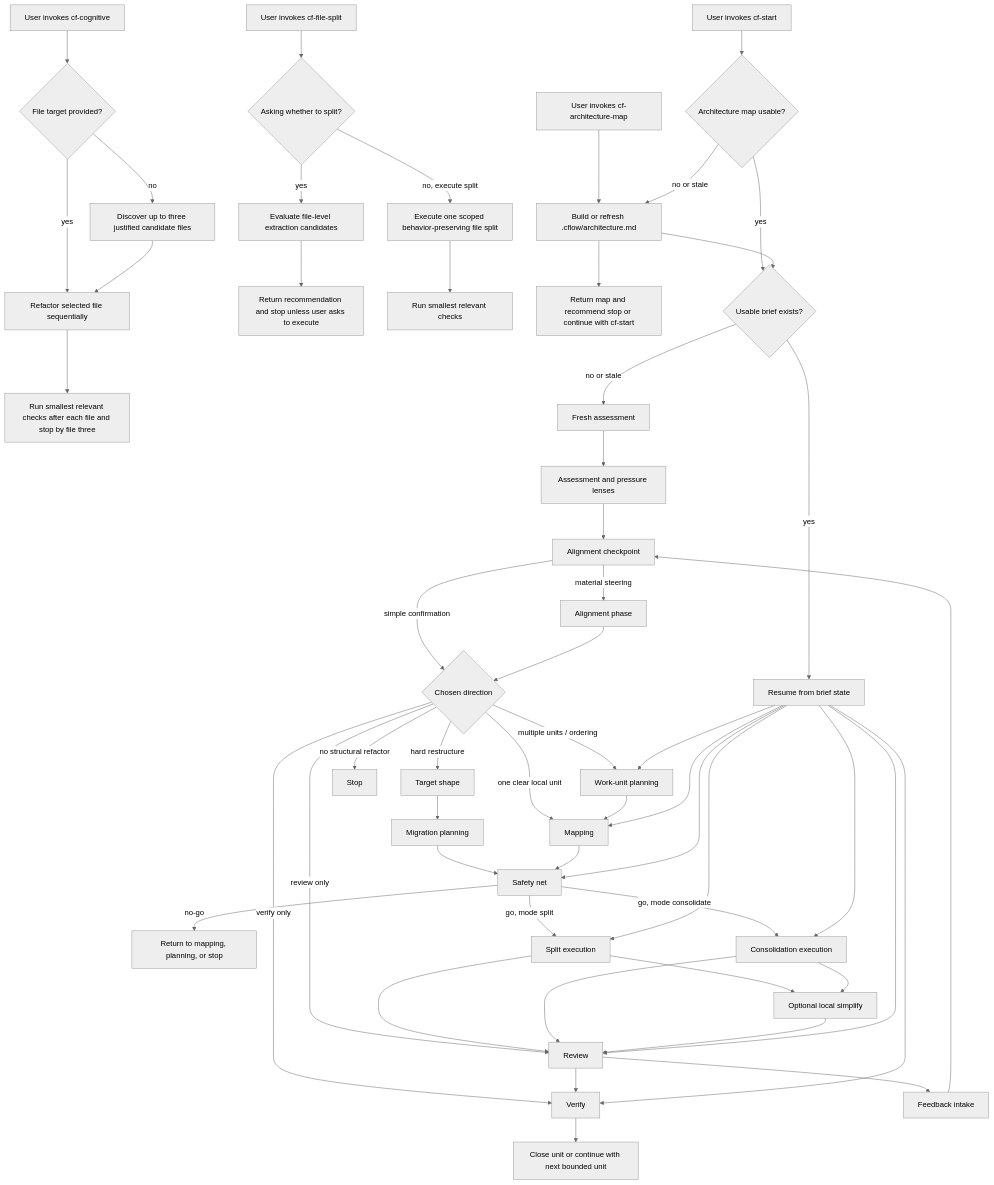
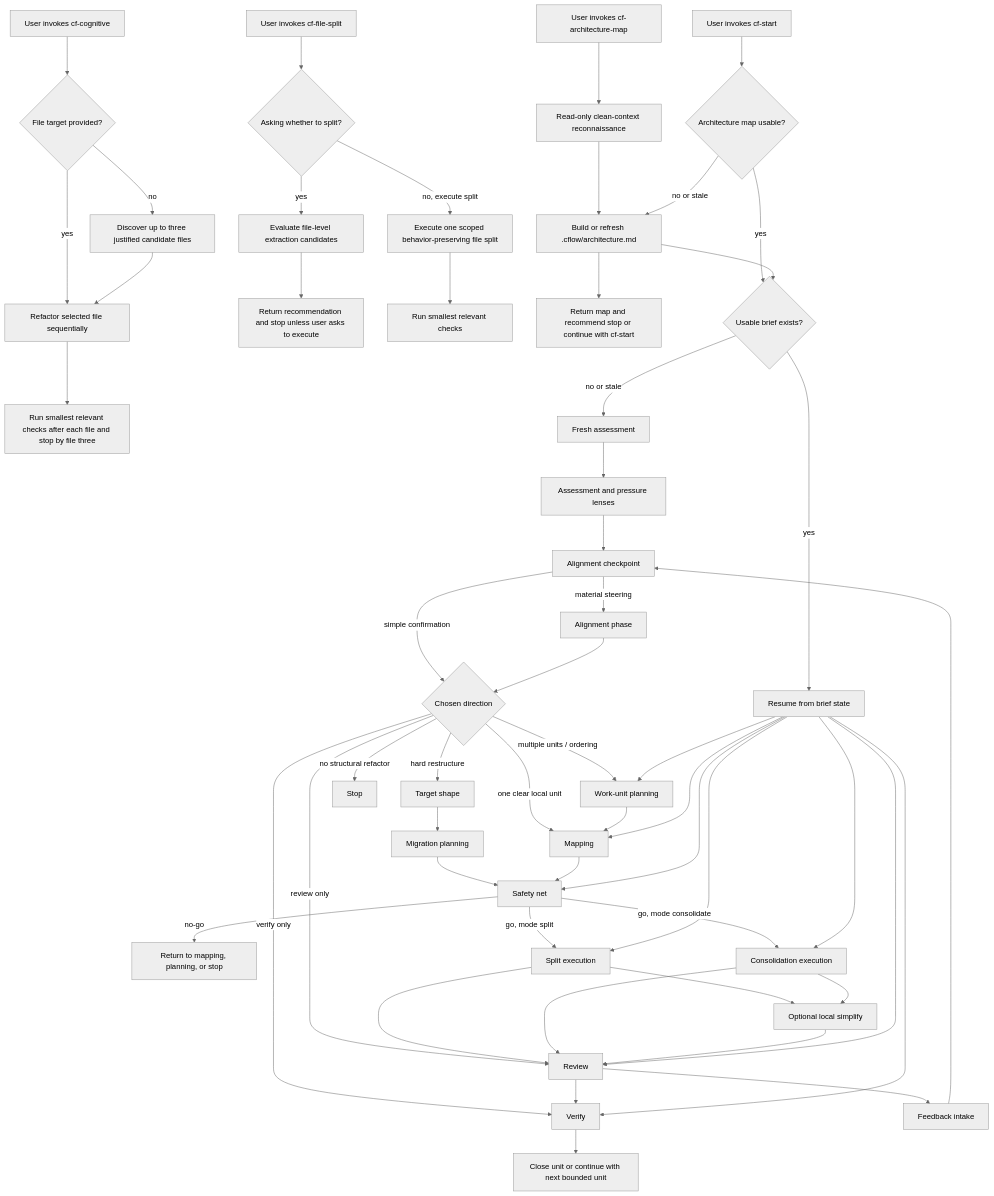
Before and after one commit to gualask/clean-flow: the diagram in docs/workflow-map.md, drawn with Mermaid (neutral theme). The commit also changed other lines of this file and 25 other files, not shown here.

Commit message:
fix post refactor + agent for architecture mapping

````diff
--- a/docs/workflow-map.md
+++ b/docs/workflow-map.md
@@ -21,65 +21,66 @@
 ```mermaid
 flowchart TD
     X[User invokes cf-cognitive] --> X0{File target provided?}
     X0 -- yes --> X1[Refactor selected file sequentially]
     X0 -- no --> X2[Discover up to three justified candidate files]
     X2 --> X1
     X1 --> X3[Run smallest relevant checks after each file and stop by file three]
 
     Y[User invokes cf-file-split] --> Y0{Asking whether to split?}
     Y0 -- yes --> Y1[Evaluate file-level extraction candidates]
     Y0 -- no, execute split --> Y2[Execute one scoped behavior-preserving file split]
     Y1 --> Y3[Return recommendation and stop unless user asks to execute]
     Y2 --> Y4[Run smallest relevant checks]
 
-    A[User invokes cf-architecture-map] --> A1[Build or refresh .cflow/architecture.md]
+    A[User invokes cf-architecture-map] --> A0[Read-only clean-context reconnaissance]
+    A0 --> A1[Build or refresh .cflow/architecture.md]
     A1 --> A2[Return map and recommend stop or continue with cf-start]
 
     B[User invokes cf-start] --> C{Architecture map usable?}
     C -- no or stale --> A1
     C -- yes --> D{Usable brief exists?}
     A1 --> D
     D -- no or stale --> E[Fresh assessment]
     D -- yes --> F[Resume from brief state]
 
     E --> G[Assessment and pressure lenses]
     G --> H[Alignment checkpoint]
     H -- simple confirmation --> I{Chosen direction}
     H -- material steering --> J[Alignment phase]
     J --> I
 
     I -- one clear local unit --> K[Mapping]
     I -- multiple units / ordering --> L[Work-unit planning]
     I -- hard restructure --> M[Target shape]
     I -- review only --> R[Review]
     I -- verify only --> S[Verify]
     I -- no structural refactor --> T[Stop]
 
     M --> N[Migration planning]
     L --> K
     N --> O[Safety net]
     K --> O
 
     O -- no-go --> U[Return to mapping, planning, or stop]
     O -- go, mode split --> P[Split execution]
     O -- go, mode consolidate --> Q[Consolidation execution]
 
     P --> V[Optional local simplify]
     Q --> V
     P --> R
     Q --> R
     V --> R
 
     R --> S
     R --> W[Feedback intake]
     W --> H
     S --> Z[Close unit or continue with next bounded unit]
 
     F --> L
     F --> K
     F --> O
     F --> P
     F --> Q
     F --> R
     F --> S
 ```
````
